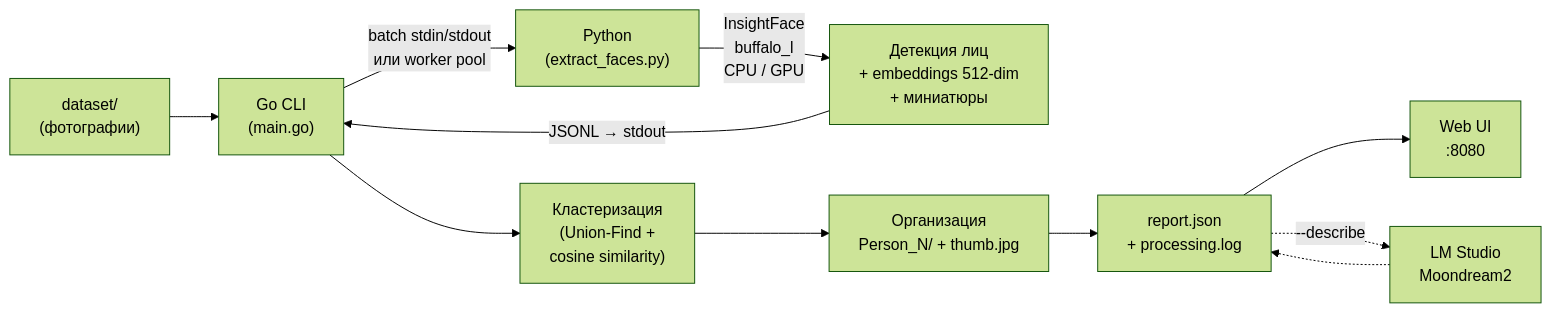
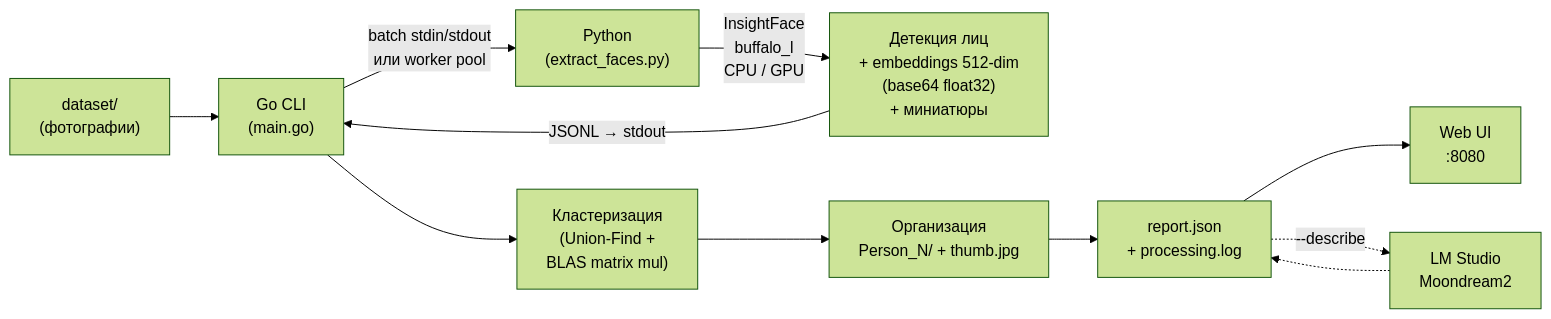
Before and after one commit to kont1n/VibeCoding: the diagram in README.md, drawn with Mermaid (forest theme). The commit also changed other lines of this file and 8 other files, not shown here.

First line of the commit message:
feat: BLAS clustering, async GPU pipeline, base64 embeddings, graceful shutdown, error details fix

````diff
--- a/README.md
+++ b/README.md
@@ -7,13 +7,13 @@
 ```mermaid
 flowchart LR
     A["dataset/\n(фотографии)"] --> B["Go CLI\n(main.go)"]
     B -->|"batch stdin/stdout\nили worker pool"| C["Python\n(extract_faces.py)"]
-    C -->|"InsightFace\nbuffalo_l\nCPU / GPU"| D["Детекция лиц\n+ embeddings 512-dim\n+ миниатюры"]
+    C -->|"InsightFace\nbuffalo_l\nCPU / GPU"| D["Детекция лиц\n+ embeddings 512-dim\n(base64 float32)\n+ миниатюры"]
     D -->|"JSONL → stdout"| B
-    B --> E["Кластеризация\n(Union-Find +\ncosine similarity)"]
+    B --> E["Кластеризация\n(Union-Find +\nBLAS matrix mul)"]
     E --> F["Организация\nPerson_N/ + thumb.jpg"]
     F --> G["report.json\n+ processing.log"]
     G --> H["Web UI\n:8080"]
     G -.->|"--describe"| I["LM Studio\nMoondream2"]
     I -.-> G
 ```
````
